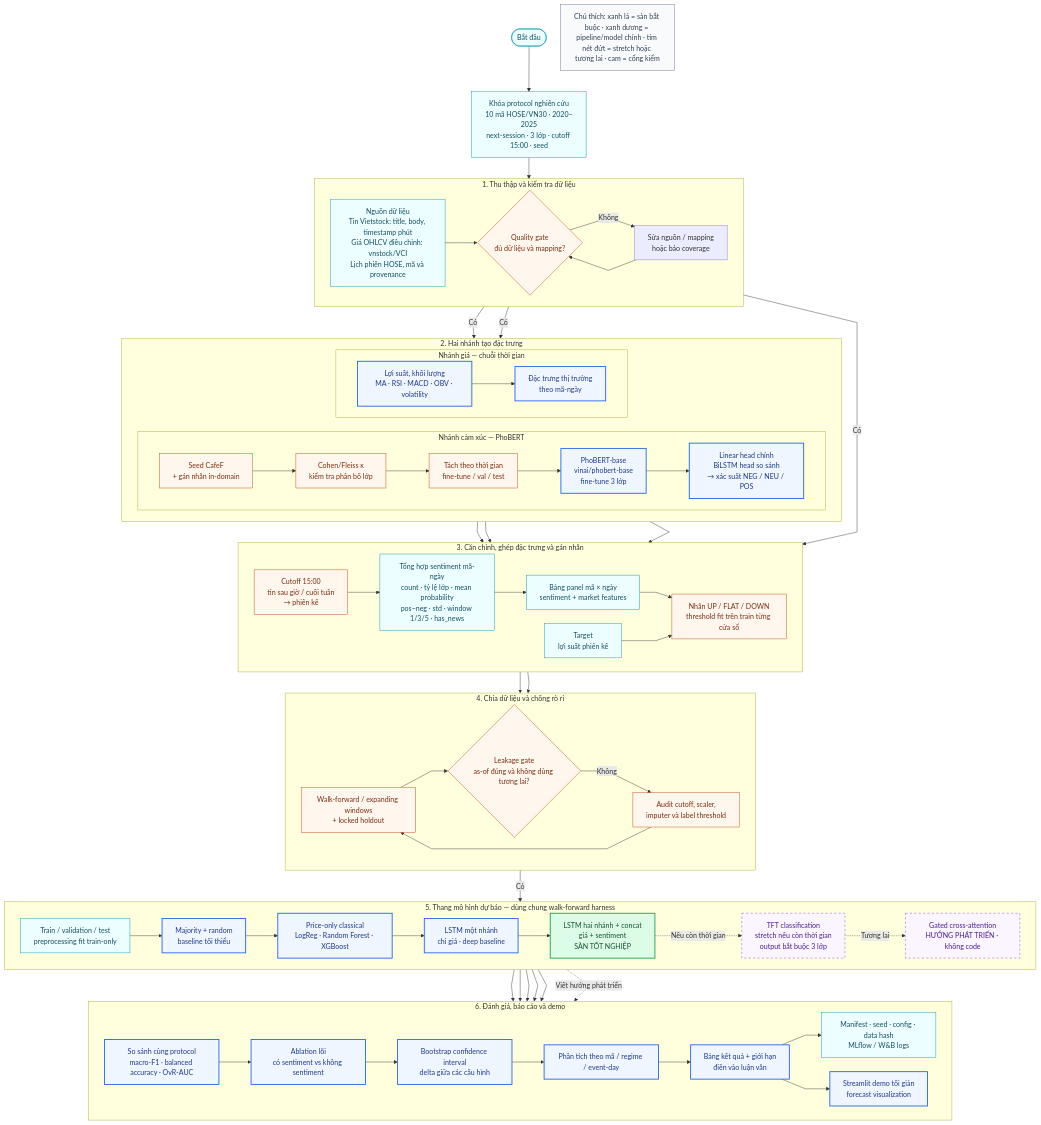
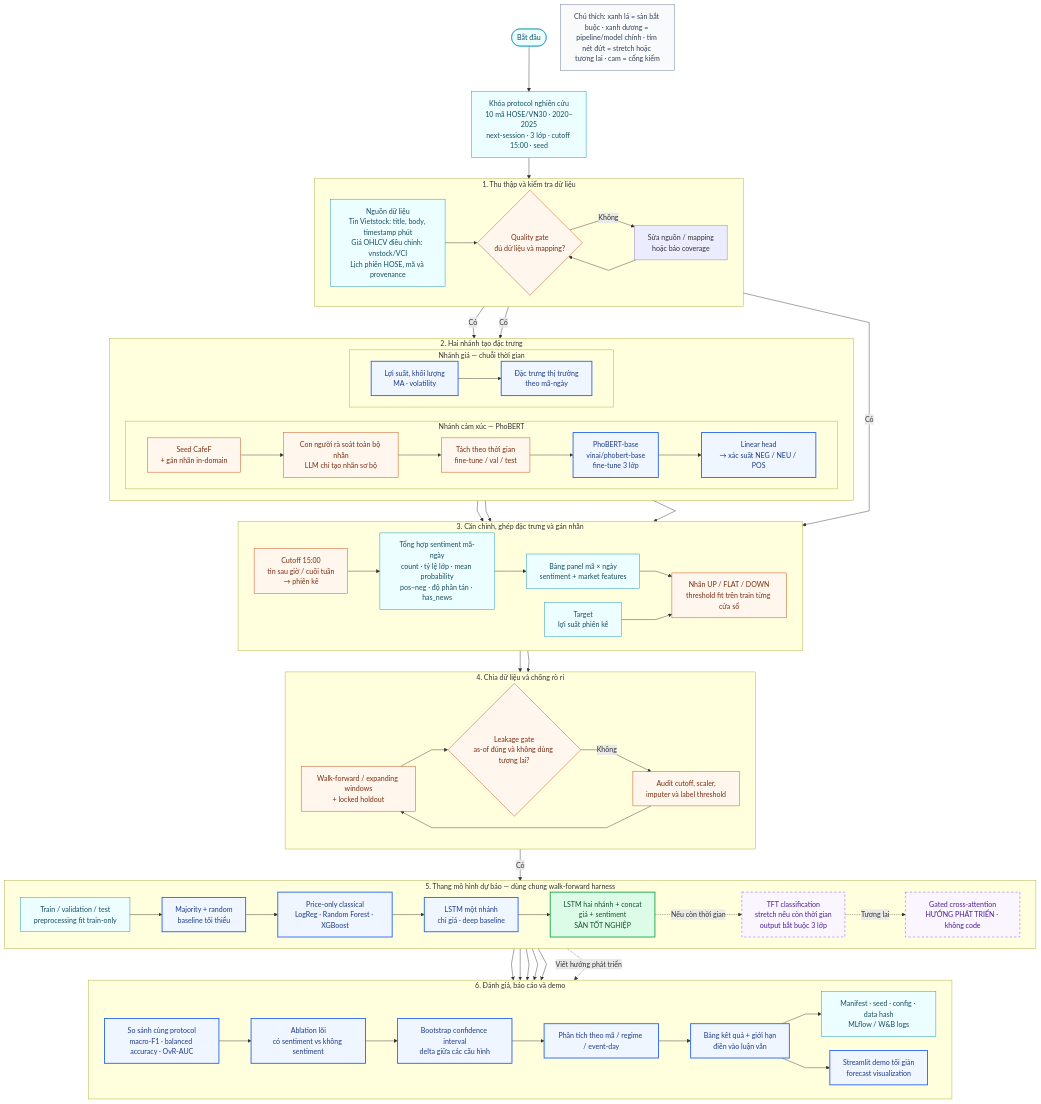
The diagram in docs/architecture-models-flow.mmd (nphuoctho/stock-trend-forecasting), drawn with Mermaid before and after one commit. The commit also changed 24 other files, not shown here.

```diff
--- a/docs/architecture-models-flow.mmd
+++ b/docs/architecture-models-flow.mmd
@@ -1,123 +1,122 @@
 ---
 config:
   flowchart:
     curve: linear
     nodeSpacing: 32
     rankSpacing: 48
 ---
 %% Tổng quan kiến trúc và pipeline của đồ án tốt nghiệp.
-%% Bản chi tiết về protocol, cổng chất lượng và cổng chống rò rỉ:
-%% thesis-end-to-end-flow.mmd
+%% Bản chi tiết trực quan được lưu trong architecture-models-flow.drawio.
 flowchart TB
   start([Bắt đầu]) --> protocol[Khóa protocol nghiên cứu<br/>10 mã HOSE/VN30 · 2020–2025<br/>next-session · 3 lớp · cutoff 15:00 · seed]
 
   subgraph S0[1. Thu thập và kiểm tra dữ liệu]
     direction LR
     sources[Nguồn dữ liệu<br/>Tin Vietstock: title, body, timestamp phút<br/>Giá OHLCV điều chỉnh: vnstock/VCI<br/>Lịch phiên HOSE, mã và provenance]
     quality{Quality gate<br/>đủ dữ liệu và mapping?}
     quality_fix[Sửa nguồn / mapping<br/>hoặc báo coverage]
     sources --> quality
     quality -->|Không| quality_fix --> quality
   end
 
   subgraph S1[2. Hai nhánh tạo đặc trưng]
     direction LR
     subgraph SENT[Nhánh cảm xúc — PhoBERT]
       direction LR
       annotate[Seed CafeF<br/>+ gán nhãn in-domain]
-      agreement[Cohen/Fleiss κ<br/>kiểm tra phân bố lớp]
+      review[Con người rà soát toàn bộ nhãn<br/>LLM chỉ tạo nhãn sơ bộ]
       sent_split[Tách theo thời gian<br/>fine-tune / val / test]
       phobert[PhoBERT-base<br/>vinai/phobert-base<br/>fine-tune 3 lớp]
-      infer[Linear head chính<br/>BiLSTM head so sánh<br/>→ xác suất NEG / NEU / POS]
-      annotate --> agreement --> sent_split --> phobert --> infer
+      infer[Linear head<br/>→ xác suất NEG / NEU / POS]
+      annotate --> review --> sent_split --> phobert --> infer
     end
     subgraph MARKET[Nhánh giá — chuỗi thời gian]
       direction LR
-      technical[Lợi suất, khối lượng<br/>MA · RSI · MACD · OBV · volatility]
+      technical[Lợi suất, khối lượng<br/>MA · volatility]
       price_features[Đặc trưng thị trường<br/>theo mã-ngày]
       technical --> price_features
     end
   end
 
   subgraph S2[3. Căn chỉnh, ghép đặc trưng và gán nhãn]
     direction LR
     cutoff[Cutoff 15:00<br/>tin sau giờ / cuối tuần<br/>→ phiên kế]
-    daily[Tổng hợp sentiment mã-ngày<br/>count · tỷ lệ lớp · mean probability<br/>pos−neg · std · window 1/3/5 · has_news]
+      daily[Tổng hợp sentiment mã-ngày<br/>count · tỷ lệ lớp · mean probability<br/>pos−neg · độ phân tán · has_news]
     panel[Bảng panel mã × ngày<br/>sentiment + market features]
     target[Target<br/>lợi suất phiên kế]
     label[Nhãn UP / FLAT / DOWN<br/>threshold fit trên train từng cửa sổ]
     cutoff --> daily --> panel --> label
     target --> label
   end
 
   subgraph S3[4. Chia dữ liệu và chống rò rỉ]
     direction LR
     split[Walk-forward / expanding windows<br/>+ locked holdout]
     leak_gate{Leakage gate<br/>as-of đúng và không dùng tương lai?}
     leak_fix[Audit cutoff, scaler,<br/>imputer và label threshold]
     split --> leak_gate
     leak_gate -->|Không| leak_fix --> split
   end
 
   subgraph S4[5. Thang mô hình dự báo — dùng chung walk-forward harness]
     direction LR
     model_input[Train / validation / test<br/>preprocessing fit train-only]
     majority[Majority + random<br/>baseline tối thiểu]
     classical[Price-only classical<br/>LogReg · Random Forest · XGBoost]
     price_lstm[LSTM một nhánh<br/>chỉ giá · deep baseline]
     fusion_lstm[LSTM hai nhánh + concat<br/>giá + sentiment<br/>SÀN TỐT NGHIỆP]
     tft[TFT classification<br/>stretch nếu còn thời gian<br/>output bắt buộc 3 lớp]
     cross_attention[Gated cross-attention<br/>HƯỚNG PHÁT TRIỂN · không code]
     model_input --> majority --> classical --> price_lstm --> fusion_lstm
     fusion_lstm -.Nếu còn thời gian.-> tft
     tft -.Tương lai.-> cross_attention
   end
 
   subgraph S5[6. Đánh giá, báo cáo và demo]
     direction LR
     metrics[So sánh cùng protocol<br/>macro-F1 · balanced accuracy · OvR-AUC]
     ablation[Ablation lõi<br/>có sentiment vs không sentiment]
     ci[Bootstrap confidence interval<br/>delta giữa các cấu hình]
     robustness[Phân tích theo mã / regime / event-day]
     report[Bảng kết quả + giới hạn<br/>điền vào luận văn]
     artifacts[Manifest · seed · config · data hash<br/>MLflow / W&B logs]
     demo[Streamlit demo tối giản<br/>forecast visualization]
     metrics --> ablation --> ci --> robustness --> report
     report --> artifacts
     report --> demo
   end
 
   protocol --> sources
   quality -->|Có| annotate
   quality -->|Có| technical
   quality -->|Có| cutoff
   infer --> daily
   price_features --> panel
   price_features --> target
   panel --> split
   label --> split
   leak_gate -->|Có| model_input
   majority --> metrics
   classical --> metrics
   price_lstm --> metrics
   fusion_lstm --> metrics
   tft --> metrics
   cross_attention -.Viết hướng phát triển.-> report
 
   legend[Chú thích: xanh lá = sàn bắt buộc · xanh dương = pipeline/model chính · tím nét đứt = stretch hoặc tương lai · cam = cổng kiểm]
 
   classDef data fill:#ecfeff,stroke:#0891b2,color:#164e63;
   classDef model fill:#eff6ff,stroke:#2563eb,stroke-width:2px,color:#1e3a8a;
   classDef floor fill:#dcfce7,stroke:#16a34a,stroke-width:2px,color:#14532d;
   classDef stretch fill:#faf5ff,stroke:#7c3aed,stroke-dasharray:5 5,color:#4c1d95;
   classDef proc fill:#fff7ed,stroke:#c2410c,color:#7c2d12;
   classDef note fill:#f8fafc,stroke:#64748b,color:#334155;
 
   class start,protocol,sources data;
   class daily,panel,target,model_input,artifacts data;
   class phobert,infer,technical,price_features,majority,classical,price_lstm,metrics,ablation,ci,robustness,report,demo model;
   class fusion_lstm floor;
   class tft,cross_attention stretch;
-  class annotate,agreement,sent_split,cutoff,label,split,leak_fix proc;
+  class annotate,review,sent_split,cutoff,label,split,leak_fix proc;
   class quality,leak_gate proc;
   class legend note;
```
